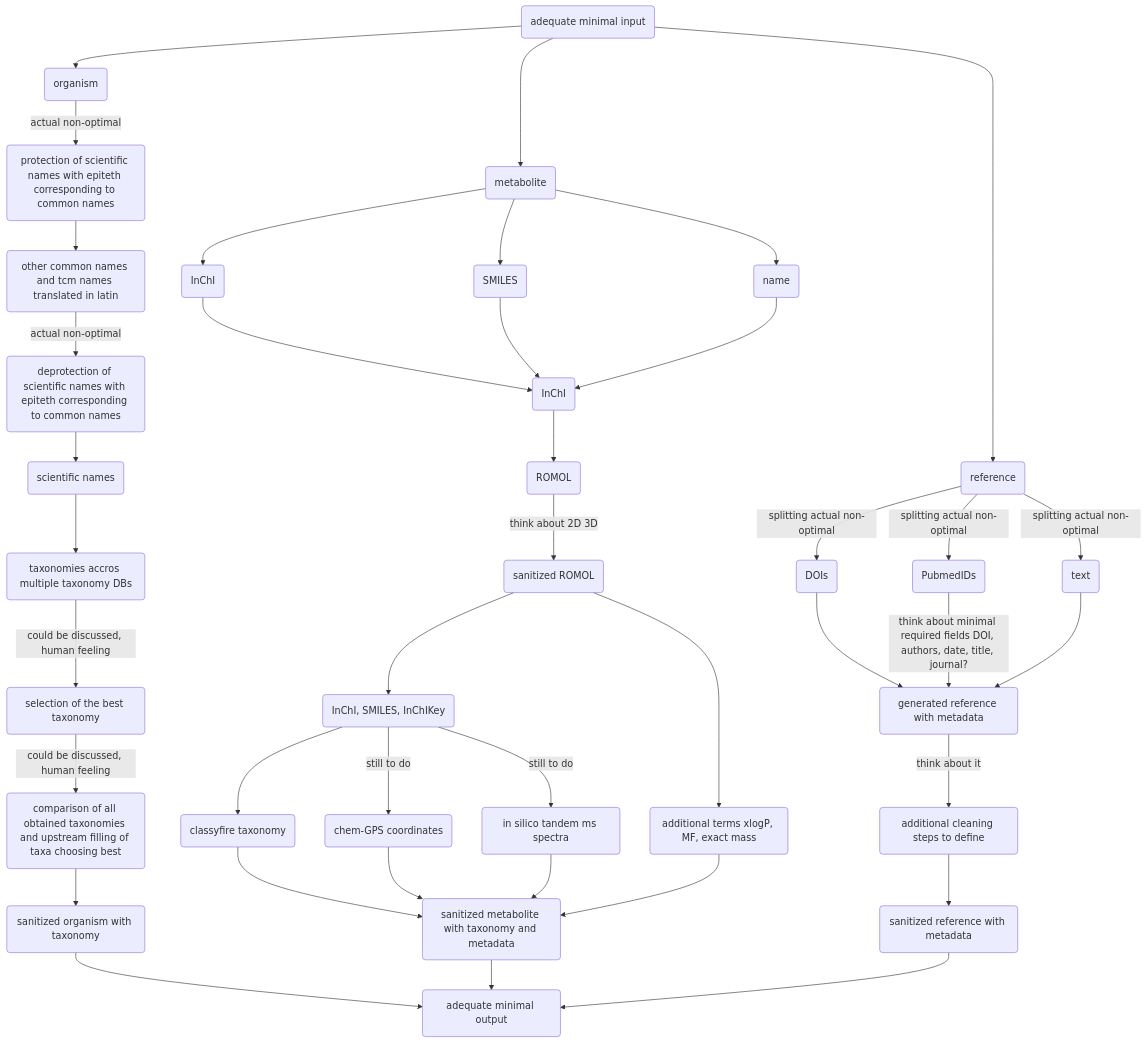
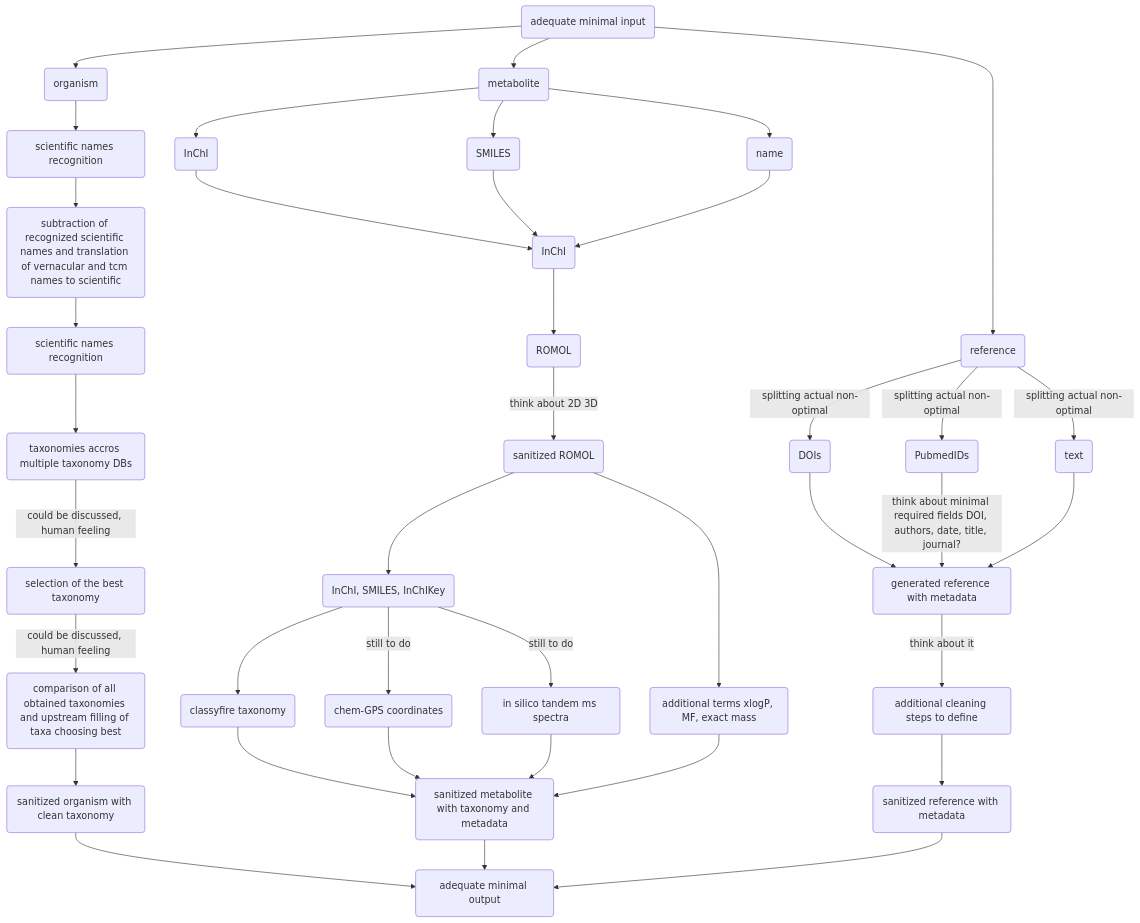
The diagram in README.md (lotusnprod/lotus-processor), drawn with Mermaid before and after one commit.

````diff
--- a/README.md
+++ b/README.md
@@ -9,54 +9,53 @@
 ```mermaid
 graph TD
 000(adequate minimal input) -->
   100(organism) --> 
-    |actual non-optimal| 110(protection of scientific names with epiteth corresponding to common names) -->
-      120(other common names and tcm names translated in latin) -->
-        |actual non-optimal| 130(deprotection of scientific names with epiteth corresponding to common names) -->
-          140(scientific names) -->
-            150(taxonomies accros multiple taxonomy DBs) -->
-              |could be discussed, human feeling|160(selection of the best taxonomy) -->
-                |could be discussed, human feeling|170(comparison of all obtained taxonomies and upstream filling of taxa choosing best) -->
-                  180(sanitized organism with taxonomy) -->
+    110(scientific names recognition) -->
+      120(subtraction of recognized scientific names and translation of vernacular and tcm names to scientific) -->
+        130(scientific names recognition) -->
+            140(taxonomies accros multiple taxonomy DBs) -->
+              |could be discussed, human feeling|150(selection of the best taxonomy) -->
+                |could be discussed, human feeling|160(comparison of all obtained taxonomies and upstream filling of taxa choosing best) -->
+                  170(sanitized organism with clean taxonomy) -->
 999(adequate minimal output)
 
 000(adequate minimal input) --> 
   200(metabolite) --> 
     211(InChI) --> 
       220(InChI)
   200(metabolite) --> 
     212(SMILES) --> 
       220(InChI)
   200(metabolite) --> 
     213(name) --> 
       220(InChI) --> 
         230(ROMOL) --> 
           |think about 2D 3D| 240(sanitized ROMOL) -->
             251(InChI, SMILES, InChIKey) -->
               261(classyfire taxonomy)-->
                 270(sanitized metabolite with taxonomy and metadata)
             251(InChI, SMILES, InChIKey) -->
               |still to do| 262(chem-GPS coordinates)-->
                 270(sanitized metabolite with taxonomy and metadata)
             251(InChI, SMILES, InChIKey) -->
               |still to do| 263(in silico tandem ms spectra)-->
                 270(sanitized metabolite with taxonomy and metadata)
           240(sanitized ROMOL) -->
             252(additional terms xlogP, MF, exact mass) -->
                 270(sanitized metabolite with taxonomy and metadata) -->
 999(adequate minimal output)
 
 000(adequate minimal input) --> 
   300(reference) -->
     |splitting actual non-optimal| 311(DOIs) -->
       320(generated reference with metadata)
   300(reference) -->
     |splitting actual non-optimal| 312(PubmedIDs )-->
       |think about minimal required fields DOI, authors, date, title, journal?| 320
   300(reference) -->
     |splitting actual non-optimal| 313(text) -->
       320 -->
         |think about it|330(additional cleaning steps to define) -->
           340(sanitized reference with metadata) -->
 999(adequate minimal output)
 ```
````
